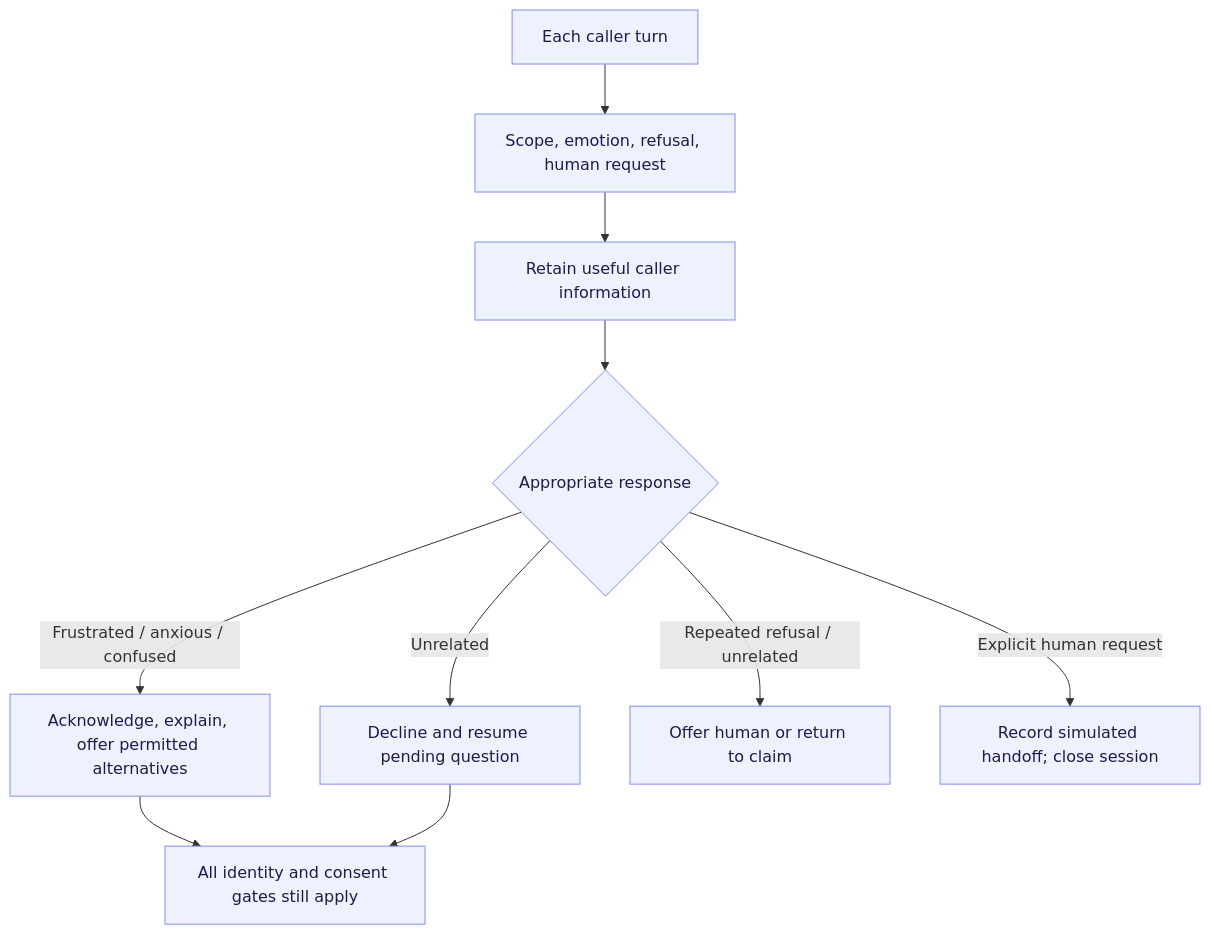
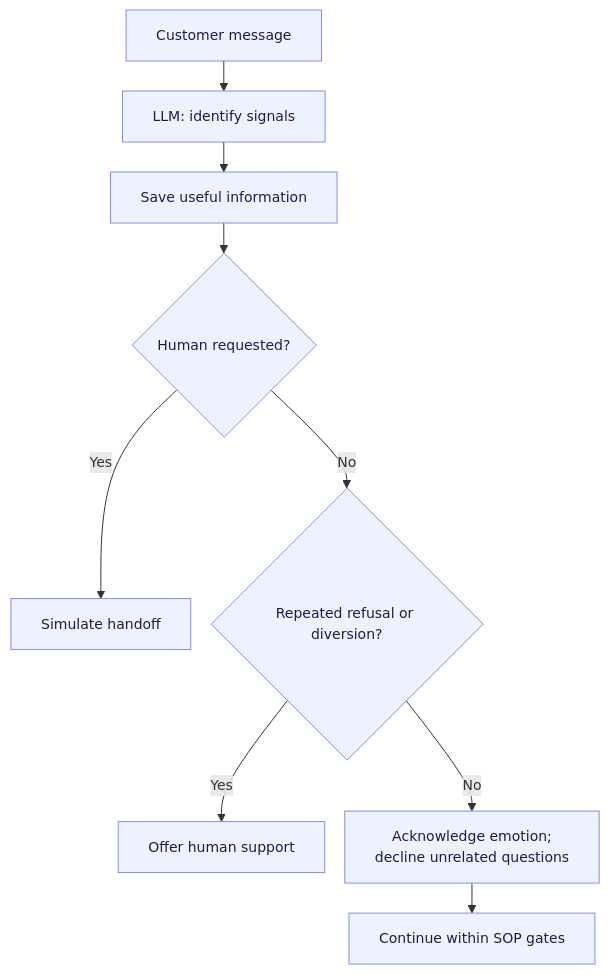
The sixth of 10 diagrams in docs/architecture.md (XinhaoTheo/insurance-claims-sop-agent), drawn with Mermaid before and after one commit. The commit also changed other lines of this file and 1 other file, not shown here.

Commit message:
docs: fit diagrams to page width

````diff
--- a/docs/architecture.md
+++ b/docs/architecture.md
@@ -136,14 +135,14 @@
 ```mermaid
+%%{init: {"flowchart": {"nodeSpacing": 20, "rankSpacing": 30}, "themeVariables": {"fontSize": "14px"}}}%%
 flowchart TD
-    Turn["Each caller turn"] --> Signals["Scope, emotion, refusal, human request"]
-    Signals --> Store["Retain useful caller information"]
-    Store --> Decision{"Appropriate response"}
-    Decision -->|Frustrated / anxious / confused| Empathy["Acknowledge, explain, offer permitted alternatives"]
-    Decision -->|Unrelated| Decline["Decline and resume pending question"]
-    Decision -->|Repeated refusal / unrelated| Offer["Offer human or return to claim"]
-    Decision -->|Explicit human request| Human["Record simulated handoff; close session"]
-    Empathy --> Gate["All identity and consent gates still apply"]
-    Decline --> Gate
+    Turn["Customer message"] --> Signals["LLM: identify signals"]
+    Signals --> Memory["Save useful information"]
+    Memory --> Human{"Human requested?"}
+    Human -->|Yes| Transfer["Simulate handoff"]
+    Human -->|No| Repeated{"Repeated refusal or diversion?"}
+    Repeated -->|Yes| Offer["Offer human support"]
+    Repeated -->|No| Reply["Acknowledge emotion;<br/>decline unrelated questions"]
+    Reply --> Resume["Continue within SOP gates"]
 
     classDef default fill:#eef2ff,stroke:#818cf8,color:#1e1b4b;
 ```
````
